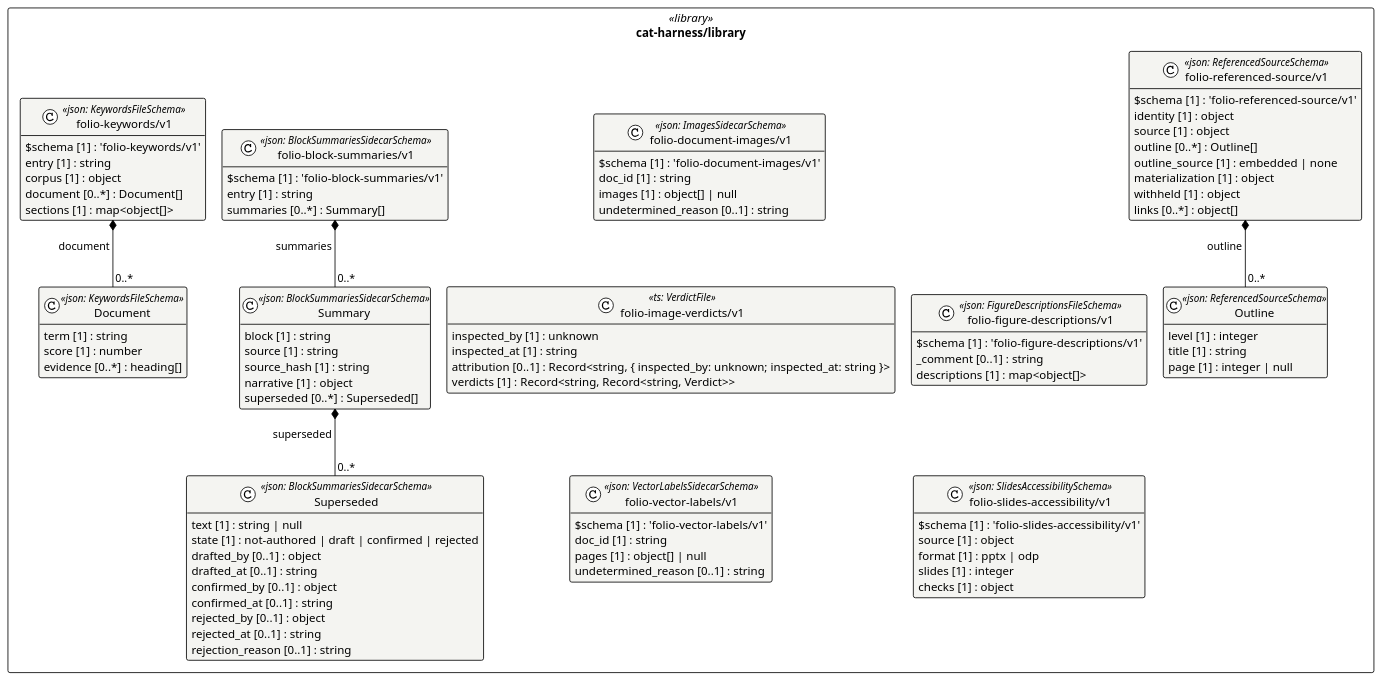
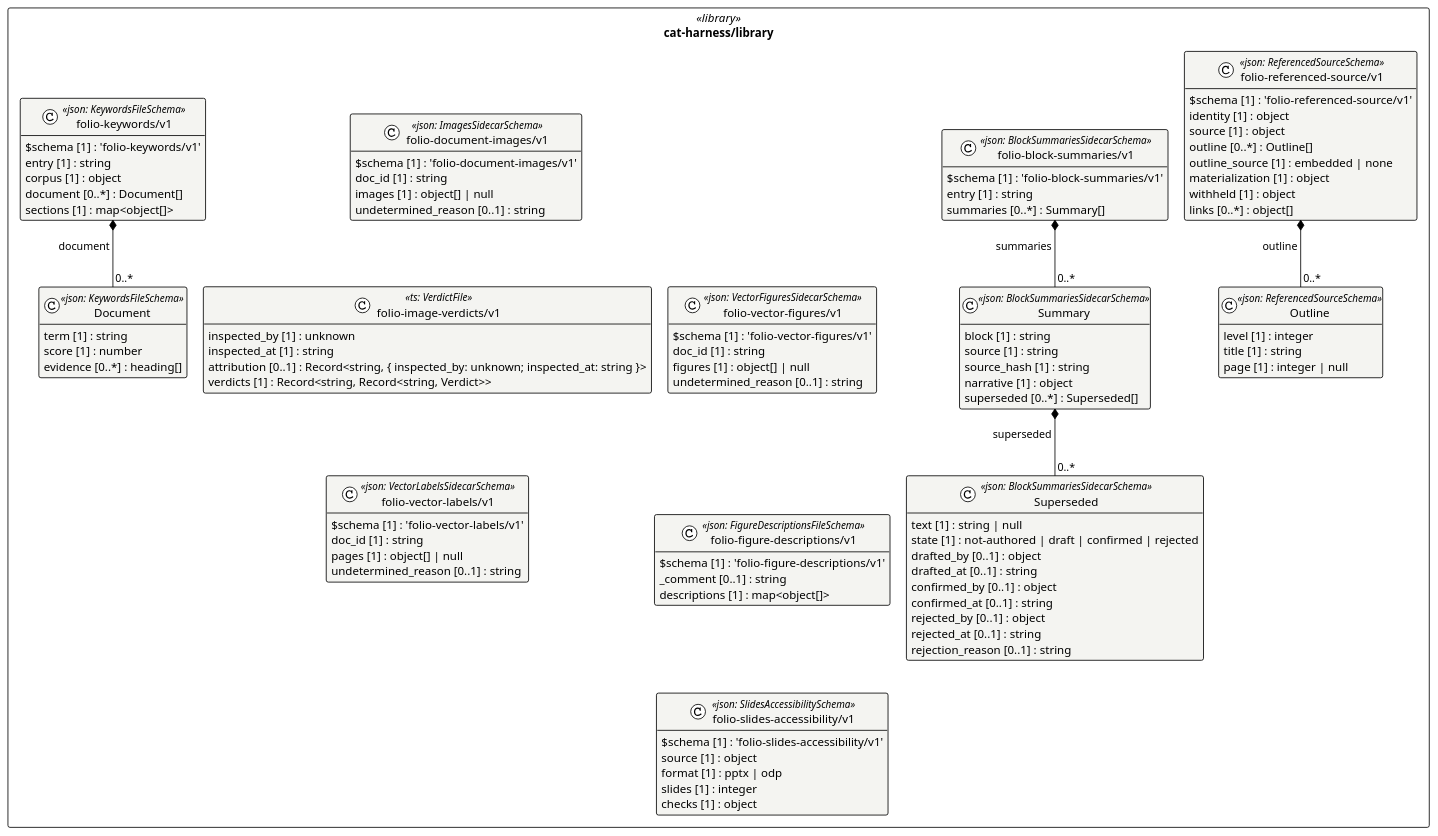
Before and after one commit to litlfred/folio-assistant: the diagram in cat-harness/uml/overview/cat-harness/library.puml, drawn with PlantUML. The commit also changed 30 other files, not shown here.

```diff
--- a/cat-harness/uml/overview/cat-harness/library.puml
+++ b/cat-harness/uml/overview/cat-harness/library.puml
@@ -3,96 +3,102 @@
 @startuml cat_harness_library
 !pragma layout elk
 !theme plain
 skinparam classAttributeIconSize 0
 skinparam shadowing false
 skinparam packageStyle rectangle
 hide empty methods
 
 package "cat-harness/library" as pkg_cat_harness_library <<library>> {
   class "folio-document-images/v1" as cat_harness_library_folio_document_images_v1_folio_document_images_v1 <<json: ImagesSidecarSchema>> #f4f4f1 {
     $schema [1] : 'folio-document-images/v1'
     doc_id [1] : string
     images [1] : object[] | null
     undetermined_reason [0..1] : string
   }
   class "folio-image-verdicts/v1" as cat_harness_library_folio_image_verdicts_v1 <<ts: VerdictFile>> #f4f4f1 {
     inspected_by [1] : unknown
     inspected_at [1] : string
     attribution [0..1] : Record<string, { inspected_by: unknown; inspected_at: string }>
     verdicts [1] : Record<string, Record<string, Verdict>>
   }
   class "folio-vector-labels/v1" as cat_harness_library_folio_vector_labels_v1_folio_vector_labels_v1 <<json: VectorLabelsSidecarSchema>> #f4f4f1 {
     $schema [1] : 'folio-vector-labels/v1'
     doc_id [1] : string
     pages [1] : object[] | null
+    undetermined_reason [0..1] : string
+  }
+  class "folio-vector-figures/v1" as cat_harness_library_folio_vector_figures_v1_folio_vector_figures_v1 <<json: VectorFiguresSidecarSchema>> #f4f4f1 {
+    $schema [1] : 'folio-vector-figures/v1'
+    doc_id [1] : string
+    figures [1] : object[] | null
     undetermined_reason [0..1] : string
   }
   class "folio-figure-descriptions/v1" as cat_harness_library_folio_figure_descriptions_v1_folio_figure_descriptions_v1 <<json: FigureDescriptionsFileSchema>> #f4f4f1 {
     $schema [1] : 'folio-figure-descriptions/v1'
     _comment [0..1] : string
     descriptions [1] : map<object[]>
   }
   class "Superseded" as cat_harness_library_folio_block_summaries_v1_Superseded <<json: BlockSummariesSidecarSchema>> #f4f4f1 {
     text [1] : string | null
     state [1] : not-authored | draft | confirmed | rejected
     drafted_by [0..1] : object
     drafted_at [0..1] : string
     confirmed_by [0..1] : object
     confirmed_at [0..1] : string
     rejected_by [0..1] : object
     rejected_at [0..1] : string
     rejection_reason [0..1] : string
   }
   class "Summary" as cat_harness_library_folio_block_summaries_v1_Summary <<json: BlockSummariesSidecarSchema>> #f4f4f1 {
     block [1] : string
     source [1] : string
     source_hash [1] : string
     narrative [1] : object
     superseded [0..*] : Superseded[]
   }
   class "folio-block-summaries/v1" as cat_harness_library_folio_block_summaries_v1_folio_block_summaries_v1 <<json: BlockSummariesSidecarSchema>> #f4f4f1 {
     $schema [1] : 'folio-block-summaries/v1'
     entry [1] : string
     summaries [0..*] : Summary[]
   }
   class "Document" as cat_harness_library_folio_keywords_v1_Document <<json: KeywordsFileSchema>> #f4f4f1 {
     term [1] : string
     score [1] : number
     evidence [0..*] : heading[]
   }
   class "folio-keywords/v1" as cat_harness_library_folio_keywords_v1_folio_keywords_v1 <<json: KeywordsFileSchema>> #f4f4f1 {
     $schema [1] : 'folio-keywords/v1'
     entry [1] : string
     corpus [1] : object
     document [0..*] : Document[]
     sections [1] : map<object[]>
   }
   class "folio-slides-accessibility/v1" as cat_harness_library_folio_slides_accessibility_v1_folio_slides_accessibility_v1 <<json: SlidesAccessibilitySchema>> #f4f4f1 {
     $schema [1] : 'folio-slides-accessibility/v1'
     source [1] : object
     format [1] : pptx | odp
     slides [1] : integer
     checks [1] : object
   }
   class "Outline" as cat_harness_library_folio_referenced_source_v1_Outline <<json: ReferencedSourceSchema>> #f4f4f1 {
     level [1] : integer
     title [1] : string
     page [1] : integer | null
   }
   class "folio-referenced-source/v1" as cat_harness_library_folio_referenced_source_v1_folio_referenced_source_v1 <<json: ReferencedSourceSchema>> #f4f4f1 {
     $schema [1] : 'folio-referenced-source/v1'
     identity [1] : object
     source [1] : object
     outline [0..*] : Outline[]
     outline_source [1] : embedded | none
     materialization [1] : object
     withheld [1] : object
     links [0..*] : object[]
   }
 }
 
 cat_harness_library_folio_block_summaries_v1_Summary *-- "0..*" cat_harness_library_folio_block_summaries_v1_Superseded : superseded
 cat_harness_library_folio_block_summaries_v1_folio_block_summaries_v1 *-- "0..*" cat_harness_library_folio_block_summaries_v1_Summary : summaries
 cat_harness_library_folio_keywords_v1_folio_keywords_v1 *-- "0..*" cat_harness_library_folio_keywords_v1_Document : document
 cat_harness_library_folio_referenced_source_v1_folio_referenced_source_v1 *-- "0..*" cat_harness_library_folio_referenced_source_v1_Outline : outline
 @enduml
```
